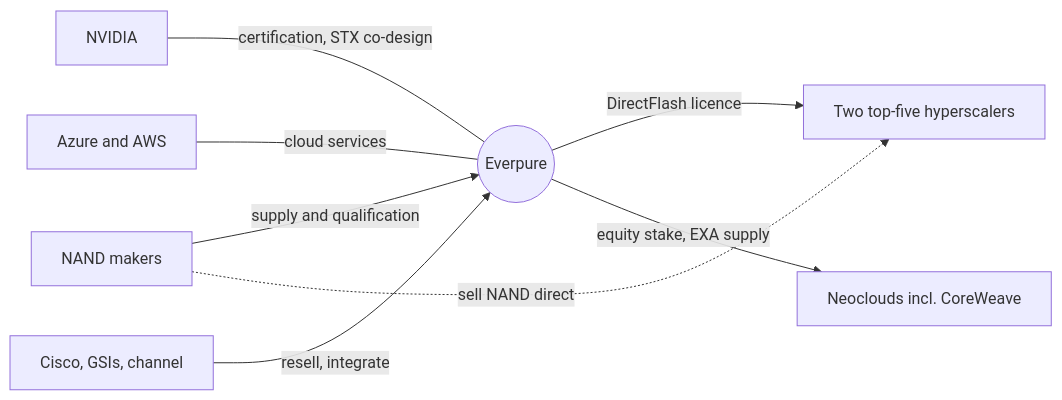
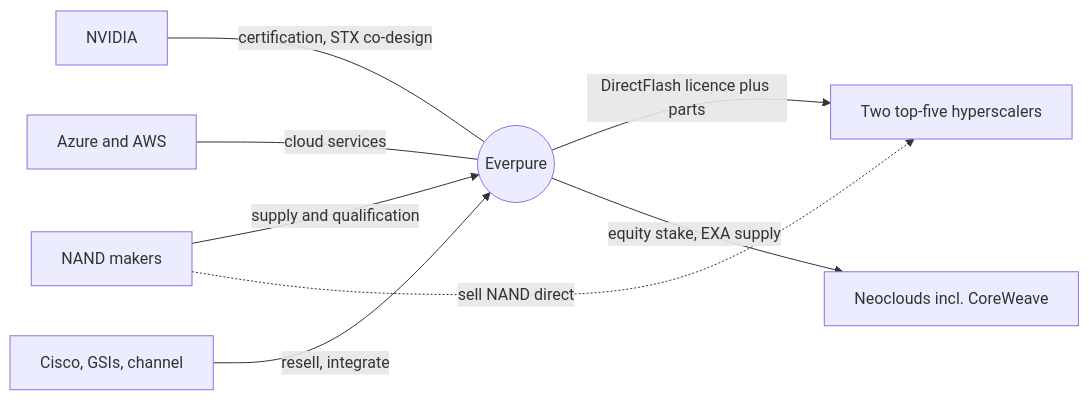
Before and after one commit to FrankHuang94/storage-_db_claude: the sixth of 7 diagrams in docs/00-start-here/00b-one-page-map.md, drawn with Mermaid. The commit also changed other lines of this file and 55 other files, not shown here.

````diff
--- a/docs/00-start-here/00b-one-page-map.md
+++ b/docs/00-start-here/00b-one-page-map.md
@@ -178,11 +178,11 @@
 ```mermaid
 flowchart LR
     EP(("Everpure"))
     NV["NVIDIA"] ---|"certification, STX co-design"| EP
-    EP -->|"DirectFlash licence"| HS["Two top-five hyperscalers"]
+    EP -->|"DirectFlash licence plus parts"| HS["Two top-five hyperscalers"]
     NAND["NAND makers"] -->|"supply and qualification"| EP
     NAND -.->|"sell NAND direct"| HS
     AZ["Azure and AWS"] ---|"cloud services"| EP
     EP -->|"equity stake, EXA supply"| NEO["Neoclouds incl. CoreWeave"]
     CS["Cisco, GSIs, channel"] -->|"resell, integrate"| EP
 ```
````
